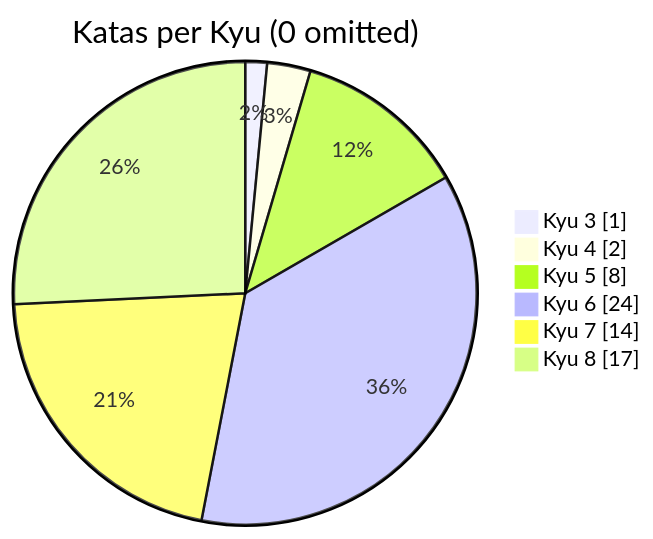
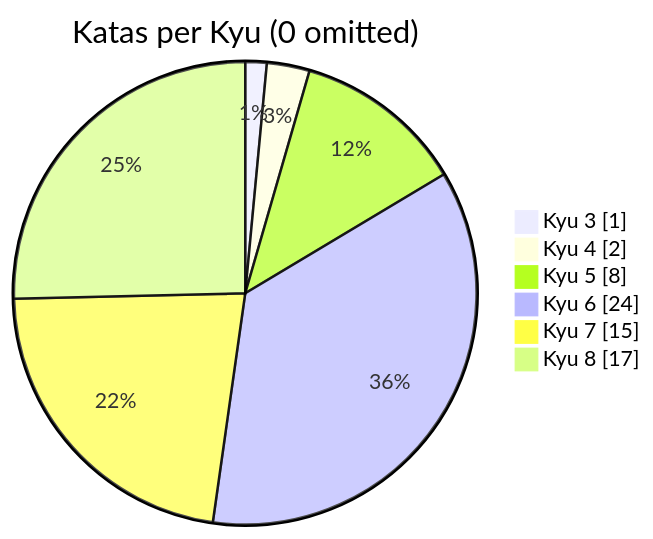
The diagram in README.md (MauricioLudwig/codewars-typescript), drawn with Mermaid before and after one commit. The commit also changed other lines of this file, not shown here.

````diff
--- a/README.md
+++ b/README.md
@@ -21,10 +21,10 @@
 ```mermaid
 pie showData
     title Katas per Kyu (0 omitted)
 	"Kyu 3": 1
 	"Kyu 4": 2
 	"Kyu 5": 8
 	"Kyu 6": 24
-	"Kyu 7": 14
+	"Kyu 7": 15
 	"Kyu 8": 17
 ```
````
